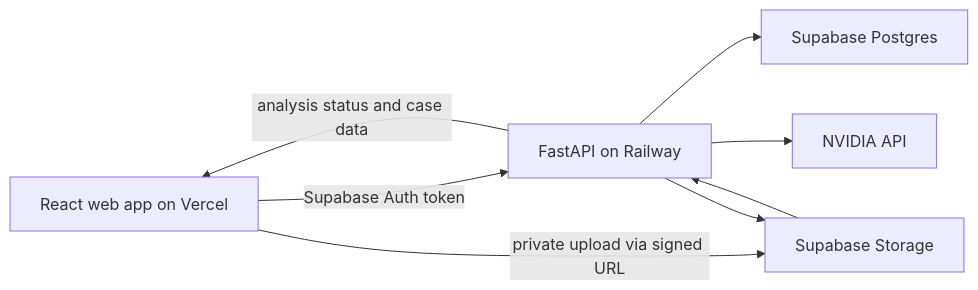
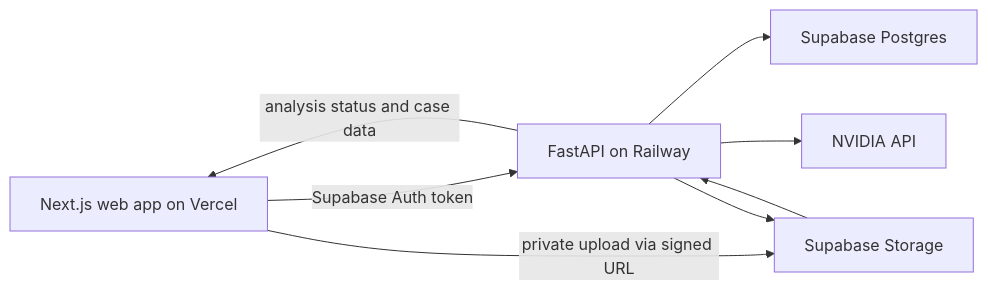
Before and after one commit to aayushkumarrai/CasePilot-AI: the diagram in docs/architecture.md, drawn with Mermaid. The commit also changed other lines of this file and 52 other files, not shown here.

````diff
--- a/docs/architecture.md
+++ b/docs/architecture.md
@@ -5,10 +5,10 @@
 ```mermaid
 flowchart LR
-  W[React web app on Vercel] -->|Supabase Auth token| A[FastAPI on Railway]
+  W[Next.js web app on Vercel] -->|Supabase Auth token| A[FastAPI on Railway]
   W -->|private upload via signed URL| S[Supabase Storage]
   A --> P[Supabase Postgres]
   A --> S
   A --> N[NVIDIA API]
   S --> A
   A -->|analysis status and case data| W
 ```
````
